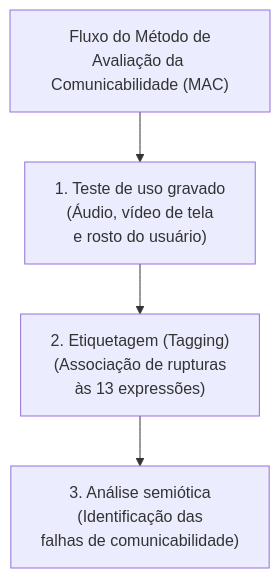
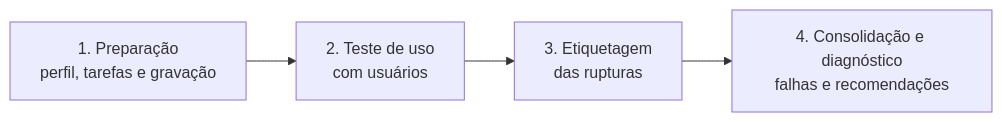
Before and after one commit to leorruas/puc: the second of 2 diagrams in 08. Design de Interacao/21. Avaliação da comunicabilidade - método de inspeção semiótica mis e método de avaliação da comunicabilidade mac.md, drawn with Mermaid. The commit also changed other lines of this file, not shown here.

Commit message:
Corrige e normaliza protocolos MIS e MAC

````diff
--- a/08. Design de Interacao/21. Avaliação da comunicabilidade - método de inspeção semiótica mis e método de avaliação da comunicabilidade mac.md
+++ b/08. Design de Interacao/21. Avaliação da comunicabilidade - método de inspeção semiótica mis e método de avaliação da comunicabilidade mac.md
@@ -94,6 +98,11 @@
 ```mermaid
-flowchart TD
-    MAC["Fluxo do Método de<br>Avaliação da Comunicabilidade (MAC)"] --> Teste["1. Teste de uso gravado<br>(Áudio, vídeo de tela<br>e rosto do usuário)"]
-    Teste --> Tagging["2. Etiquetagem (Tagging)<br>(Associação de rupturas<br>às 13 expressões)"]
-    Tagging --> Analise["3. Análise semiótica<br>(Identificação das<br>falhas de comunicabilidade)"]
+flowchart LR
+    Preparacao["1. Preparação<br>perfil, tarefas e gravação"]:::external
+    Teste["2. Teste de uso<br>com usuários"]:::component
+    Etiquetagem["3. Etiquetagem<br>das rupturas"]:::core
+    Diagnostico["4. Consolidação e diagnóstico<br>falhas e recomendações"]:::data
+
+    Preparacao --> Teste
+    Teste --> Etiquetagem
+    Etiquetagem --> Diagnostico
 ```
````
